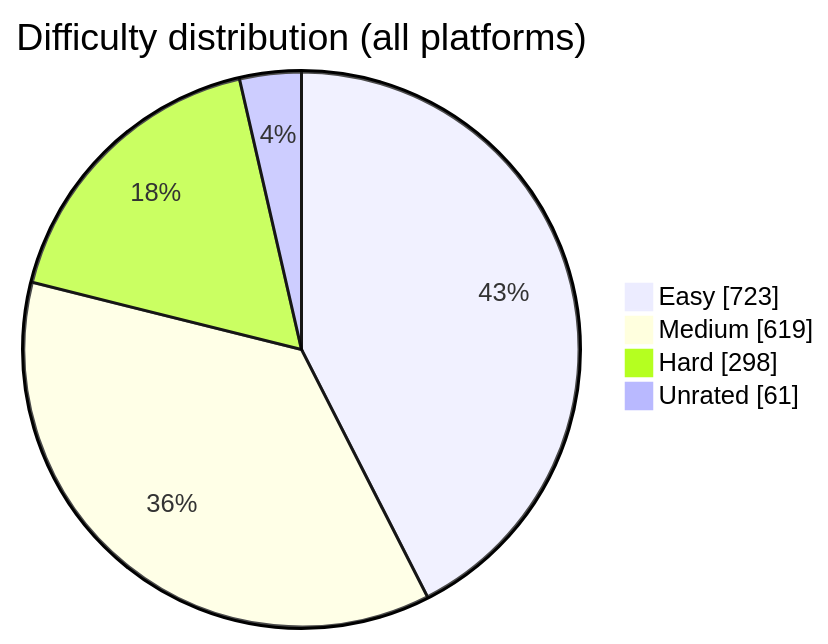
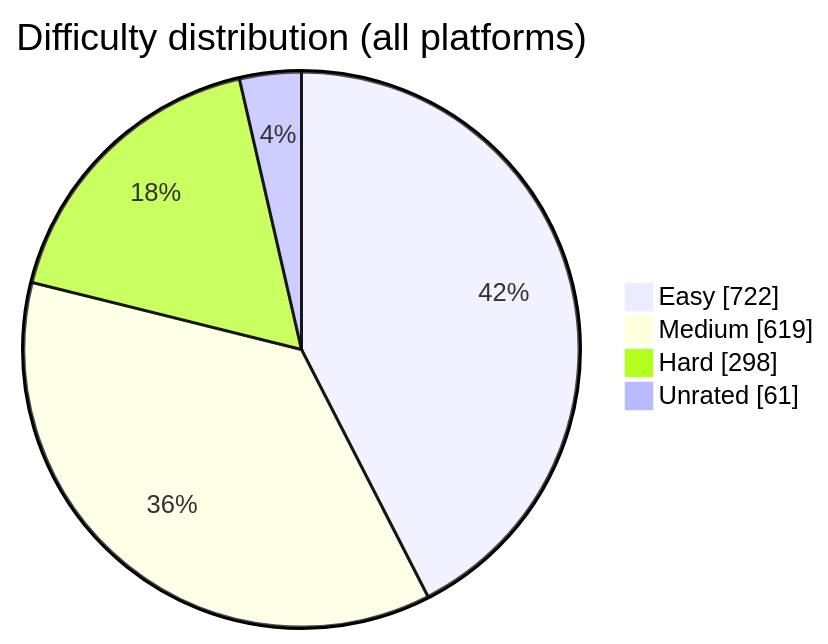
One commit to BuildbyArindam/Daily-Coding-Log changed the diagram in README.md. Above: the diagram before and after it, drawn with Mermaid. The commit also changed other lines of this file, not shown here.

````diff
--- a/README.md
+++ b/README.md
@@ -93,7 +93,7 @@
 ```mermaid
 pie showData title Difficulty distribution (all platforms)
-    "Easy" : 723
+    "Easy" : 722
     "Medium" : 619
     "Hard" : 298
     "Unrated" : 61
 ```
````
